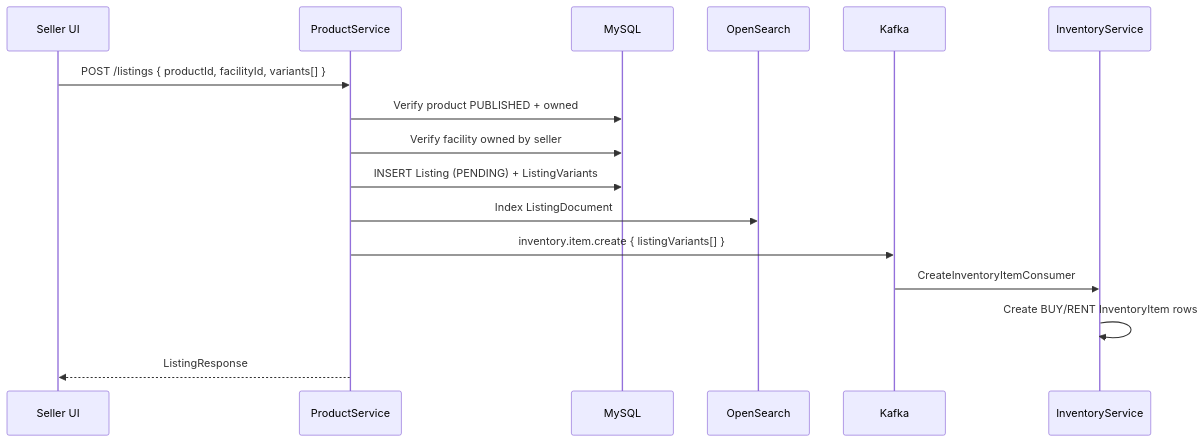
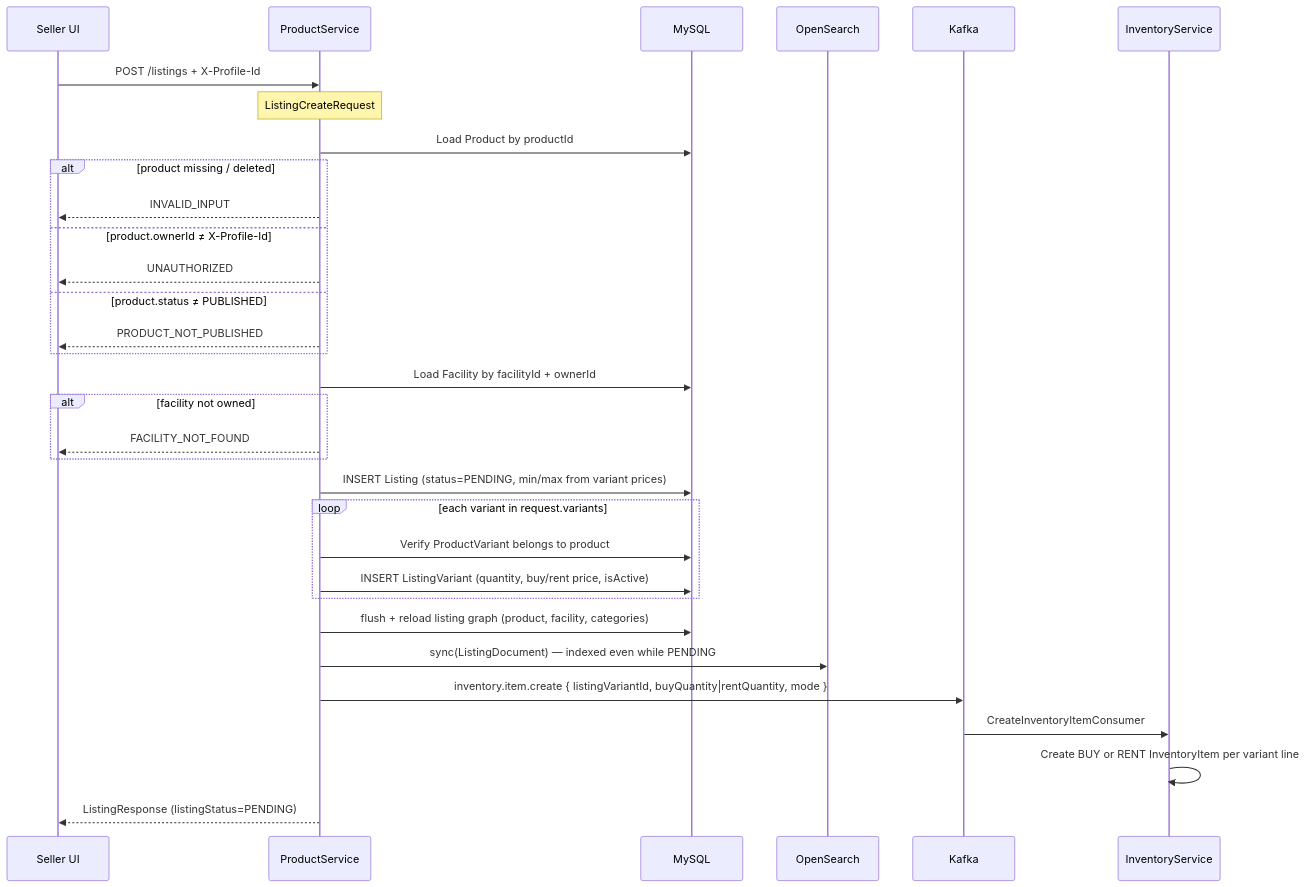
Before and after one commit to Naodab/Second_Life: the fifth of 8 diagrams in productservice/README.md, drawn with Mermaid. The commit also changed other lines of this file and 54 other files, not shown here.

````diff
--- a/productservice/README.md
+++ b/productservice/README.md
@@ -178,19 +283,40 @@
 ```mermaid
 sequenceDiagram
   participant UI as Seller UI
   participant P as ProductService
   participant DB as MySQL
   participant OS as OpenSearch
   participant K as Kafka
   participant I as InventoryService
 
-  UI->>P: POST /listings { productId, facilityId, variants[] }
-  P->>DB: Verify product PUBLISHED + owned
-  P->>DB: Verify facility owned by seller
-  P->>DB: INSERT Listing (PENDING) + ListingVariants
-  P->>OS: Index ListingDocument
-  P->>K: inventory.item.create { listingVariants[] }
+  UI->>P: POST /listings + X-Profile-Id
+  Note over P: ListingCreateRequest
+
+  P->>DB: Load Product by productId
+  alt product missing / deleted
+    P-->>UI: INVALID_INPUT
+  else product.ownerId ≠ X-Profile-Id
+    P-->>UI: UNAUTHORIZED
+  else product.status ≠ PUBLISHED
+    P-->>UI: PRODUCT_NOT_PUBLISHED
+  end
+
+  P->>DB: Load Facility by facilityId + ownerId
+  alt facility not owned
+    P-->>UI: FACILITY_NOT_FOUND
+  end
+
+  P->>DB: INSERT Listing (status=PENDING, min/max from variant prices)
+  loop each variant in request.variants
+    P->>DB: Verify ProductVariant belongs to product
+    P->>DB: INSERT ListingVariant (quantity, buy/rent price, isActive)
+  end
+
+  P->>DB: flush + reload listing graph (product, facility, categories)
+  P->>OS: sync(ListingDocument) — indexed even while PENDING
+  P->>K: inventory.item.create { listingVariantId, buyQuantity|rentQuantity, mode }
   K->>I: CreateInventoryItemConsumer
-  I->>I: Create BUY/RENT InventoryItem rows
-  P-->>UI: ListingResponse
+  I->>I: Create BUY or RENT InventoryItem per variant line
+
+  P-->>UI: ListingResponse (listingStatus=PENDING)
 ```
````
